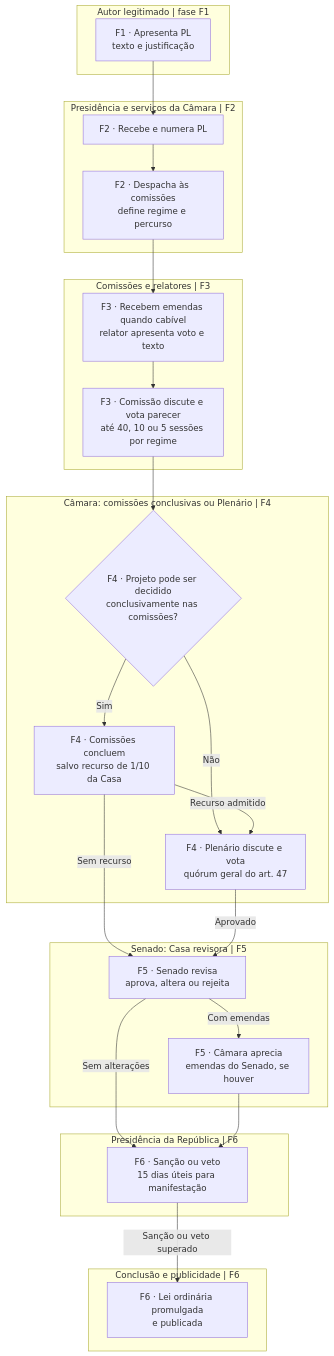
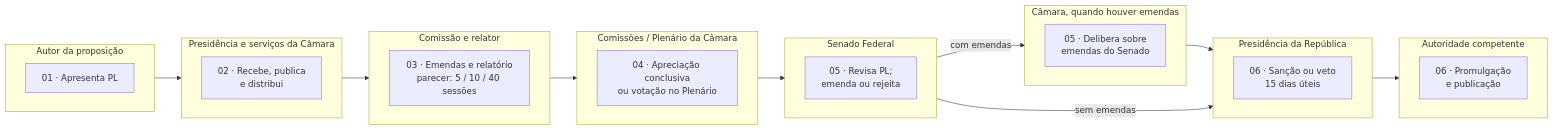
One commit to leorruas/concursos changed the first of 10 diagrams in 3 - Materias/Direito Constitucional/38 - blueprints do processo legislativo por especie normativa.md. Above: the diagram before and after it, drawn with Mermaid. The commit also changed other lines of this file, not shown here.

Commit message:
docs: transformar blueprints por espécie em faixas de atores e fases com links de apoio

````diff
--- a/3 - Materias/Direito Constitucional/38 - blueprints do processo legislativo por especie normativa.md
+++ b/3 - Materias/Direito Constitucional/38 - blueprints do processo legislativo por especie normativa.md
@@ -35,38 +19,39 @@
 ```mermaid
-flowchart TB
- subgraph AUT["Autor legitimado | fase F1"]
- A["F1 · Apresenta PL<br/>texto e justificação"]
- end
- subgraph MESA["Presidência e serviços da Câmara | F2"]
- B["F2 · Recebe e numera PL"]
- C["F2 · Despacha às comissões<br/>define regime e percurso"]
- end
- subgraph COM["Comissões e relatores | F3"]
- D["F3 · Recebem emendas quando cabível<br/>relator apresenta voto e texto"]
- E["F3 · Comissão discute e vota parecer<br/>até 40, 10 ou 5 sessões por regime"]
- end
- subgraph CAM["Câmara: comissões conclusivas ou Plenário | F4"]
- F{"F4 · Projeto pode ser decidido<br/>conclusivamente nas comissões?"}
- G["F4 · Comissões concluem<br/>salvo recurso de 1/10 da Casa"]
- H["F4 · Plenário discute e vota<br/>quórum geral do art. 47"]
- end
- subgraph SF["Senado: Casa revisora | F5"]
- I["F5 · Senado revisa<br/>aprova, altera ou rejeita"]
- J["F5 · Câmara aprecia<br/>emendas do Senado, se houver"]
- end
- subgraph PR["Presidência da República | F6"]
- K["F6 · Sanção ou veto<br/>15 dias úteis para manifestação"]
- end
- subgraph FINAL["Conclusão e publicidade | F6"]
- L["F6 · Lei ordinária promulgada<br/>e publicada"]
- end
- A --> B --> C --> D --> E --> F
- F -->|Sim| G
- F -->|Não| H
- G -->|Recurso admitido| H
- G -->|Sem recurso| I
- H -->|Aprovado| I
- I -->|Sem alterações| K
- I -->|Com emendas| J --> K
- K -->|Sanção ou veto superado| L
+flowchart LR
+  subgraph L0["Autor da proposição"]
+    direction LR
+    a["01 · Apresenta PL"]
+  end
+  subgraph L1["Presidência e serviços da Câmara"]
+    direction LR
+    b["02 · Recebe, publica<br/>e distribui"]
+  end
+  subgraph L2["Comissão e relator"]
+    direction LR
+    c["03 · Emendas e relatório<br/>parecer: 5 / 10 / 40 sessões"]
+  end
+  subgraph L3["Comissões / Plenário da Câmara"]
+    direction LR
+    d["04 · Apreciação conclusiva<br/>ou votação no Plenário"]
+  end
+  subgraph L4["Senado Federal"]
+    direction LR
+    e["05 · Revisa PL;<br/>emenda ou rejeita"]
+  end
+  subgraph L5["Câmara, quando houver emendas"]
+    direction LR
+    f["05 · Delibera sobre<br/>emendas do Senado"]
+  end
+  subgraph L6["Presidência da República"]
+    direction LR
+    g["06 · Sanção ou veto<br/>15 dias úteis"]
+  end
+  subgraph L7["Autoridade competente"]
+    direction LR
+    h["06 · Promulgação<br/>e publicação"]
+  end
+  a --> b --> c --> d --> e
+  e -->|sem emendas| g
+  e -->|com emendas| f --> g
+  g --> h
 ```
````
